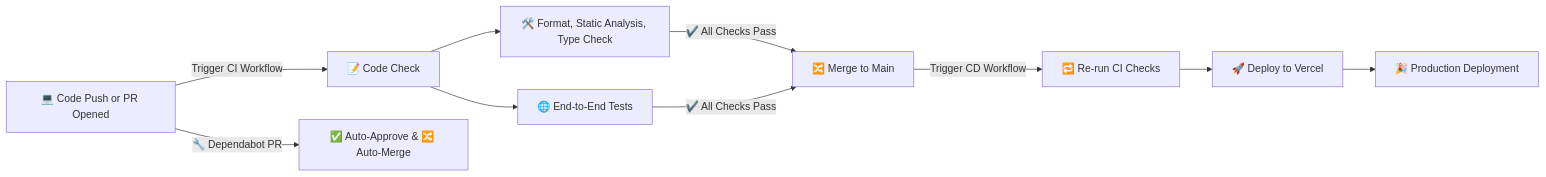
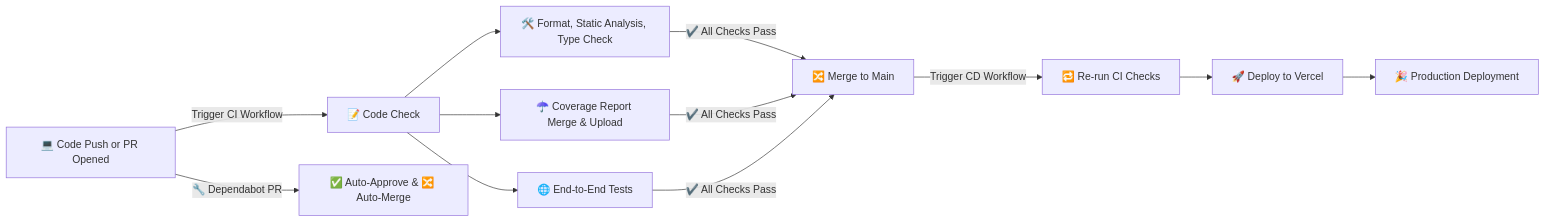
The diagram in docs/ci-cd.md (jimmy-guzman/popcorn.fyi), drawn with Mermaid before and after one commit. The commit also changed other lines of this file and 2 other files, not shown here.

Commit message:
docs: 📝 add mention of codecov in docs (#284)

````diff
--- a/docs/ci-cd.md
+++ b/docs/ci-cd.md
@@ -66,11 +69,12 @@
 ```mermaid
 flowchart LR
   A[💻 Code Push or PR Opened] -->|Trigger CI Workflow| B[📝 Code Check]
   A -->|🔧 Dependabot PR| C[✅ Auto-Approve & 🔀 Auto-Merge]
   B --> D[🛠️ Format, Static Analysis, Type Check]
-  B --> E[🌐 End-to-End Tests]
-  D & E -->|✔️ All Checks Pass| F[🔀 Merge to Main]
-  F -->|Trigger CD Workflow| G[🔁 Re-run CI Checks]
-  G --> H[🚀 Deploy to Vercel]
-  H --> I[🎉 Production Deployment]
+  B --> E[☂️ Coverage Report Merge & Upload]
+  B --> F[🌐 End-to-End Tests]
+  D & E & F -->|✔️ All Checks Pass| G[🔀 Merge to Main]
+  G -->|Trigger CD Workflow| H[🔁 Re-run CI Checks]
+  H --> I[🚀 Deploy to Vercel]
+  I --> J[🎉 Production Deployment]
 ```
````
